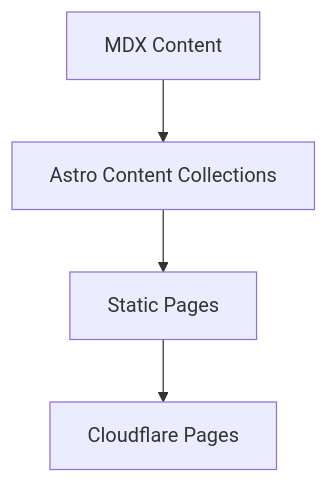
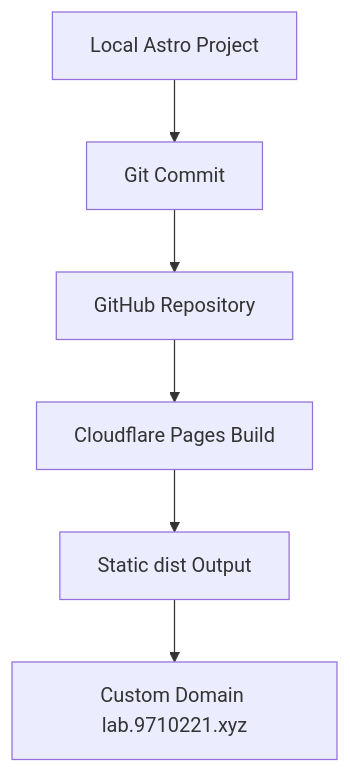
The diagram in src/content/projects/project-notes-starter.mdx (Turing222/personal-site), drawn with Mermaid before and after one commit. The commit also changed other lines of this file and 2 other files, not shown here.

Commit message:
Update about and personal site project

````diff
--- a/src/content/projects/project-notes-starter.mdx
+++ b/src/content/projects/project-notes-starter.mdx
@@ -33,6 +43,8 @@
 ```mermaid
 graph TD
-  A[MDX Content] --> B[Astro Content Collections]
-  B --> C[Static Pages]
-  C --> D[Cloudflare Pages]
+  A[Local Astro Project] --> B[Git Commit]
+  B --> C[GitHub Repository]
+  C --> D[Cloudflare Pages Build]
+  D --> E[Static dist Output]
+  E --> F[Custom Domain lab.9710221.xyz]
 ```
````
